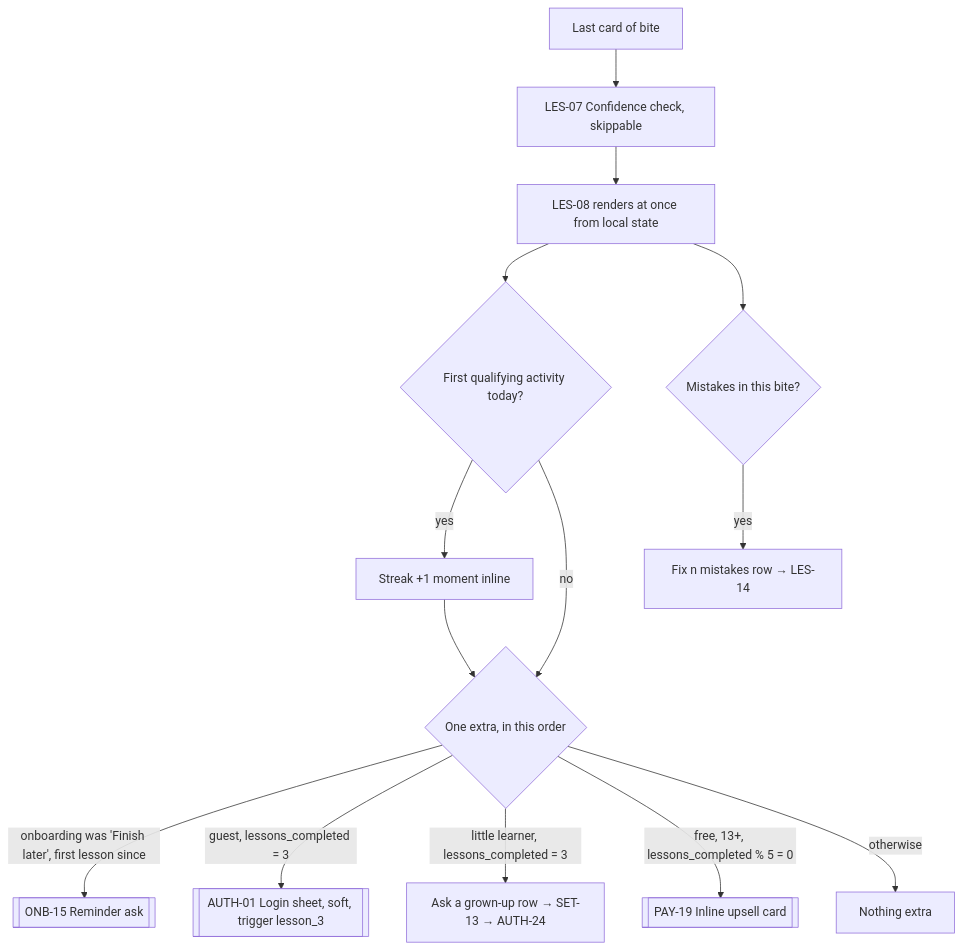
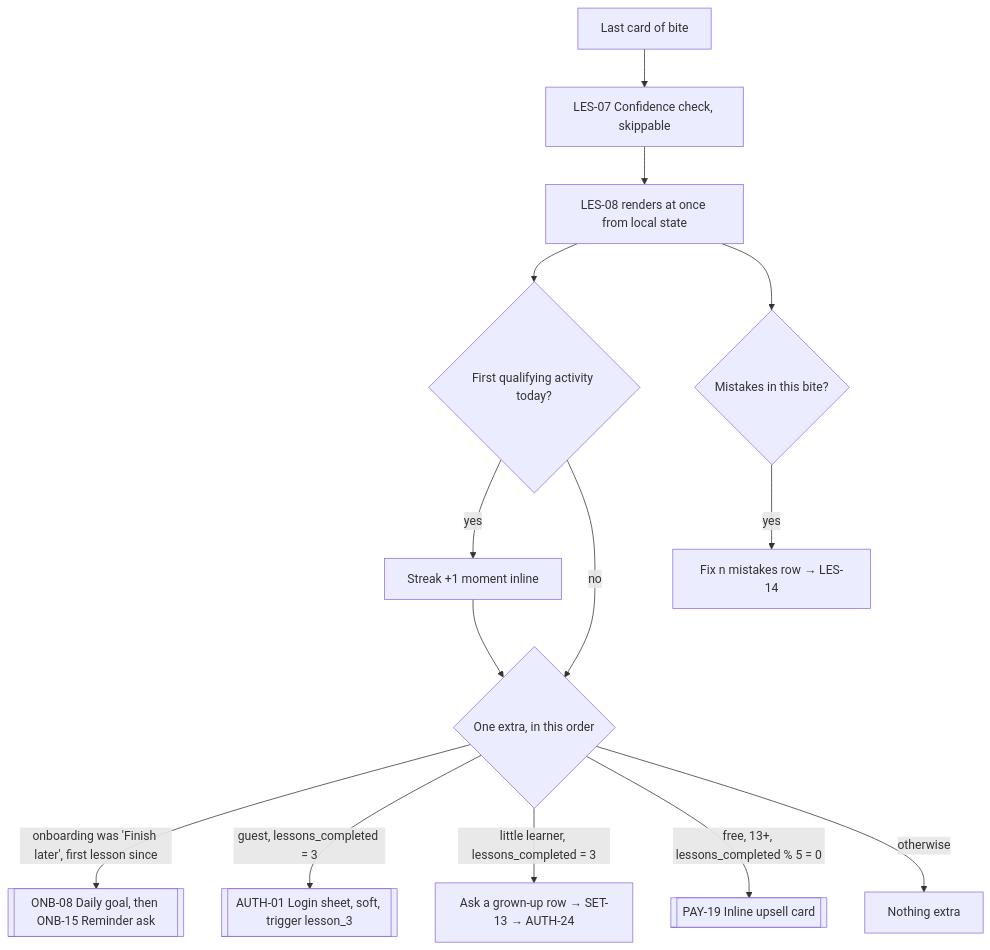
Before and after one commit to saksham1991999/smriti: the sixth of 7 diagrams in docs/flows/learn.md, drawn with Mermaid. The commit also changed other lines of this file and 19 other files, not shown here.

````diff
--- a/docs/flows/learn.md
+++ b/docs/flows/learn.md
@@ -517,16 +517,16 @@
 ```mermaid
 flowchart TD
   E[Last card of bite] --> CC[LES-07 Confidence check, skippable]
   CC --> LC[LES-08 renders at once from local state]
   LC --> Q1{First qualifying activity today?}
   Q1 -->|yes| ST[Streak +1 moment inline]
   Q1 -->|no| N
   ST --> N{One extra, in this order}
-  N -->|onboarding was 'Finish later', first lesson since| R15[[ONB-15 Reminder ask]]
+  N -->|onboarding was 'Finish later', first lesson since| R15[[ONB-08 Daily goal, then ONB-15 Reminder ask]]
   N -->|guest, lessons_completed = 3| Soft[[AUTH-01 Login sheet, soft, trigger lesson_3]]
   N -->|little learner, lessons_completed = 3| Grown[Ask a grown-up row → SET-13 → AUTH-24]
   N -->|free, 13+, lessons_completed % 5 = 0| Pro[[PAY-19 Inline upsell card]]
   N -->|otherwise| None[Nothing extra]
   LC --> Fix{Mistakes in this bite?}
   Fix -->|yes| FixRow[Fix n mistakes row → LES-14]
 ```
````
